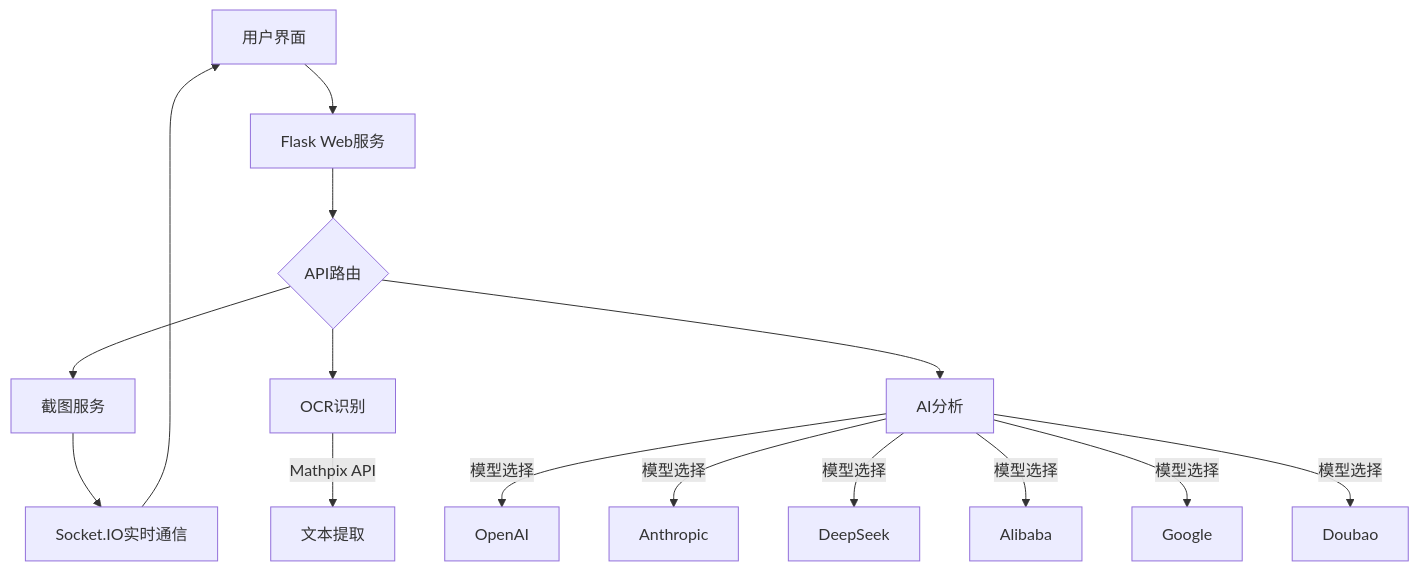
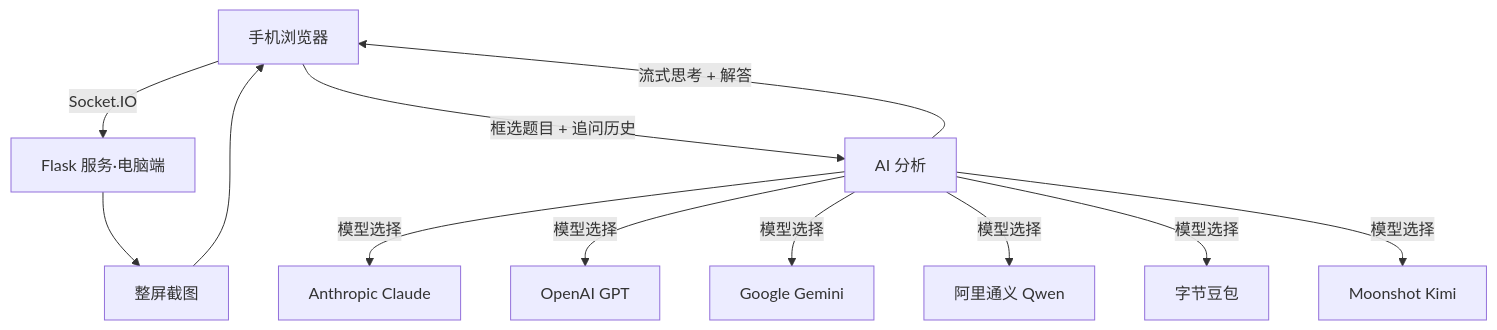
The diagram in README.md (Zippland/Snap-Solver), drawn with Mermaid before and after one commit. The commit also changed other lines of this file, not shown here.

````diff
--- a/README.md
+++ b/README.md
@@ -56,17 +56,14 @@
 ```mermaid
 graph TD
-    A[用户界面] --> B[Flask Web服务]
-    B --> C{API路由}
-    C --> D[截图服务]
-    C --> E[OCR识别]
-    C --> F[AI分析]
-    E --> |Mathpix API| G[文本提取]
-    F --> |模型选择| H1[OpenAI]
-    F --> |模型选择| H2[Anthropic]
-    F --> |模型选择| H3[DeepSeek]
-    F --> |模型选择| H4[Alibaba]
-    F --> |模型选择| H5[Google]
-    F --> |模型选择| H6[Doubao]
-    D --> I[Socket.IO实时通信]
-    I --> A
+    A[手机浏览器] --> |Socket.IO| B[Flask 服务·电脑端]
+    B --> C[整屏截图]
+    C --> A
+    A --> |框选题目 + 追问历史| D[AI 分析]
+    D --> |模型选择| H1[Anthropic Claude]
+    D --> |模型选择| H2[OpenAI GPT]
+    D --> |模型选择| H3[Google Gemini]
+    D --> |模型选择| H4[阿里通义 Qwen]
+    D --> |模型选择| H5[字节豆包]
+    D --> |模型选择| H6[Moonshot Kimi]
+    D --> |流式思考 + 解答| A
 ```
````
